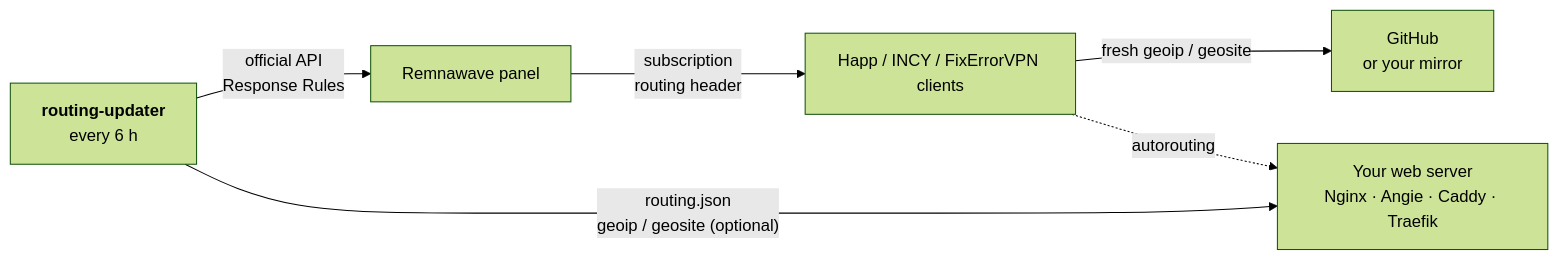
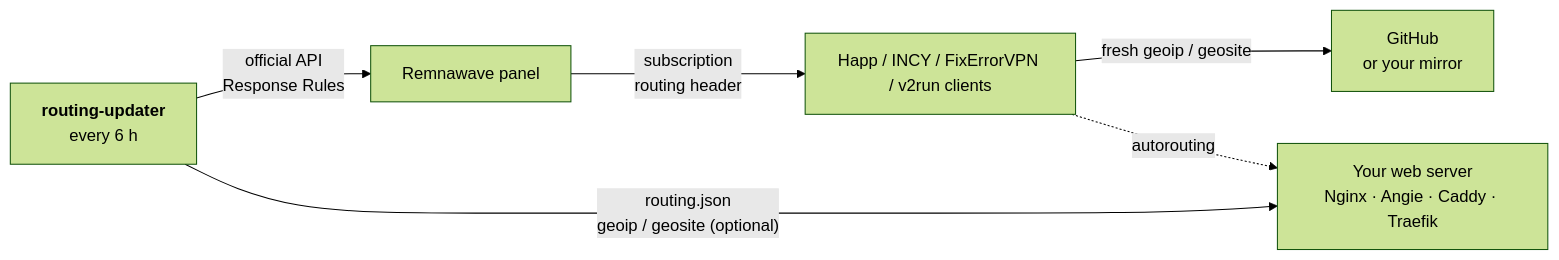
The diagram in README.en.md (3APA3A-3AHO3A/remnawave-routing-updater), drawn with Mermaid (forest theme) before and after one commit. The commit also changed other lines of this file and 14 other files, not shown here.

First line of the commit message:
Add v2run support: routing profile in its own format

````diff
--- a/README.en.md
+++ b/README.en.md
@@ -62,8 +63,8 @@
 ```mermaid
 flowchart LR
     U["<b>routing-updater</b><br/>every 6 h"] -- "official API<br/>Response Rules" --> P["Remnawave panel"]
     U -- "routing.json<br/>geoip / geosite (optional)" --> W["Your web server<br/>Nginx · Angie · Caddy · Traefik"]
-    P -- "subscription<br/>routing header" --> C["Happ / INCY / FixErrorVPN clients"]
+    P -- "subscription<br/>routing header" --> C["Happ / INCY / FixErrorVPN / v2run clients"]
     C -- "fresh geoip / geosite" --> G["GitHub<br/>or your mirror"]
     C -. "autorouting" .-> W
 ```
````
